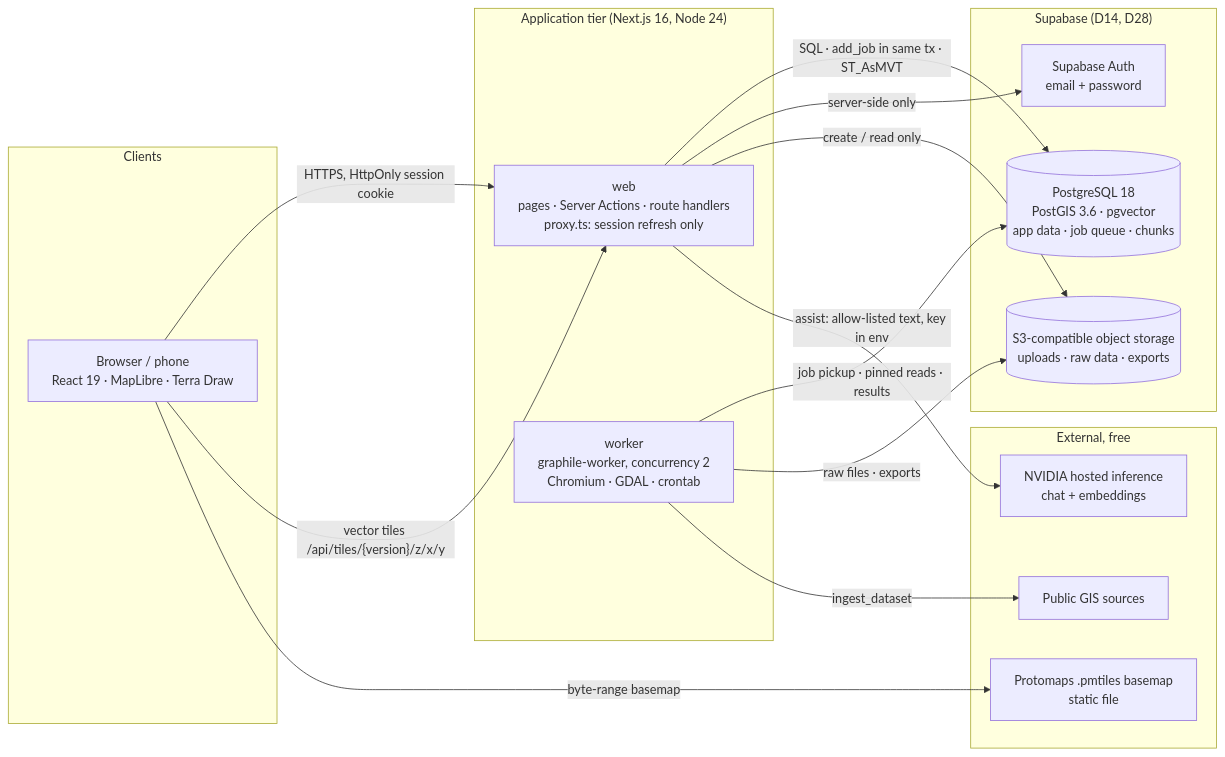
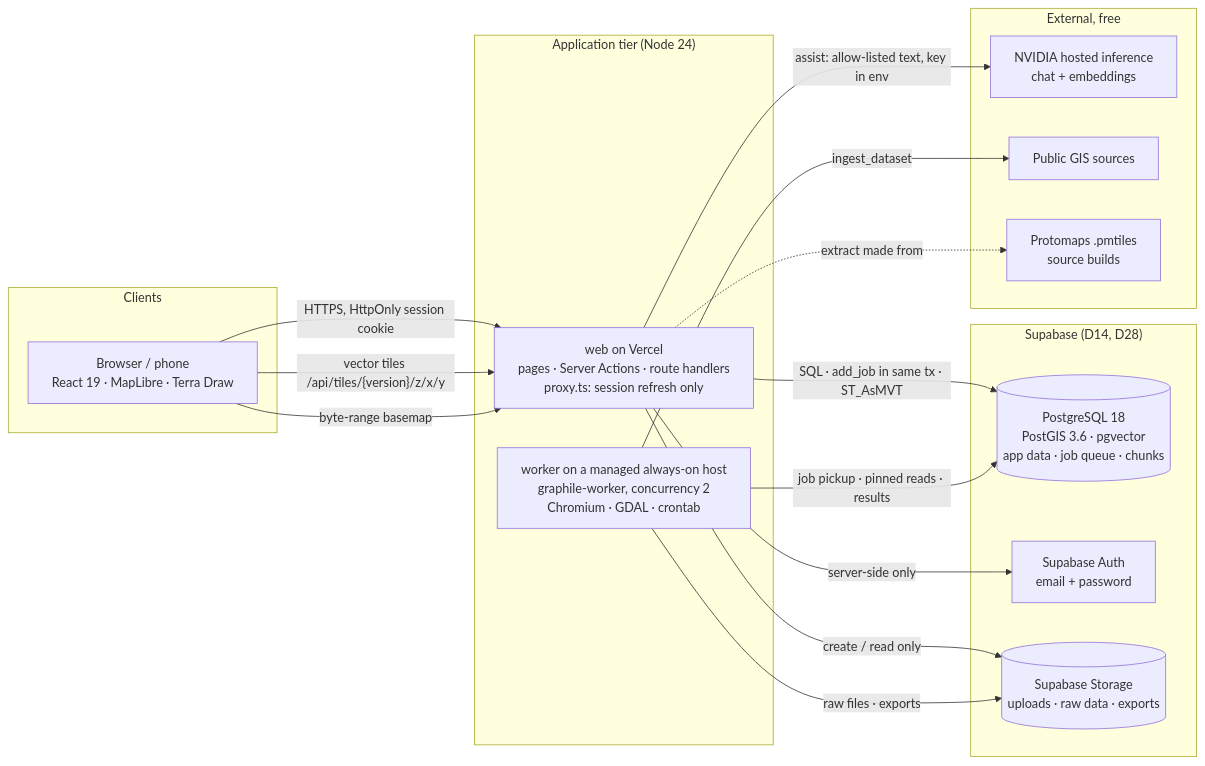
One commit to Aru27-byte/UPlan changed the first of 5 diagrams in TechDesign/technical-overview.md. Above: the diagram before and after it, drawn with Mermaid. The commit also changed other lines of this file and 61 other files, not shown here.

````diff
--- a/TechDesign/technical-overview.md
+++ b/TechDesign/technical-overview.md
@@ -27,35 +28,36 @@
 ```mermaid
 %%{init: {"flowchart": {"wrappingWidth": 300}}}%%
 flowchart LR
   subgraph Clients
     B["Browser / phone<br/>React 19 · MapLibre · Terra Draw"]
   end
 
-  subgraph App["Application tier (Next.js 16, Node 24)"]
-    W["web<br/>pages · Server Actions · route handlers<br/>proxy.ts: session refresh only"]
-    WK["worker<br/>graphile-worker, concurrency 2<br/>Chromium · GDAL · crontab"]
+  subgraph App["Application tier (Node 24)"]
+    W["web on Vercel<br/>pages · Server Actions · route handlers<br/>proxy.ts: session refresh only"]
+    WK["worker on a managed always-on host<br/>graphile-worker, concurrency 2<br/>Chromium · GDAL · crontab"]
   end
 
   subgraph Data["Supabase (D14, D28)"]
     PG[("PostgreSQL 18<br/>PostGIS 3.6 · pgvector<br/>app data · job queue · chunks")]
     AU["Supabase Auth<br/>email + password"]
-    OS[("S3-compatible object storage<br/>uploads · raw data · exports")]
+    OS[("Supabase Storage<br/>uploads · raw data · exports")]
   end
 
   subgraph External["External, free"]
     NV["NVIDIA hosted inference<br/>chat + embeddings"]
     GIS["Public GIS sources"]
-    BM["Protomaps .pmtiles basemap<br/>static file"]
+    BM["Protomaps .pmtiles<br/>source builds"]
   end
 
   B -->|"HTTPS, HttpOnly session cookie"| W
   B -->|"vector tiles /api/tiles/{version}/z/x/y"| W
-  B -->|"byte-range basemap"| BM
+  B -->|"byte-range basemap"| W
+  W -.->|"extract made from"| BM
   W -->|"SQL · add_job in same tx · ST_AsMVT"| PG
   W -->|"server-side only"| AU
   W -->|"create / read only"| OS
   W -->|"assist: allow-listed text, key in env"| NV
   WK -->|"job pickup · pinned reads · results"| PG
   WK -->|"raw files · exports"| OS
   WK -->|"ingest_dataset"| GIS
 ```
````
